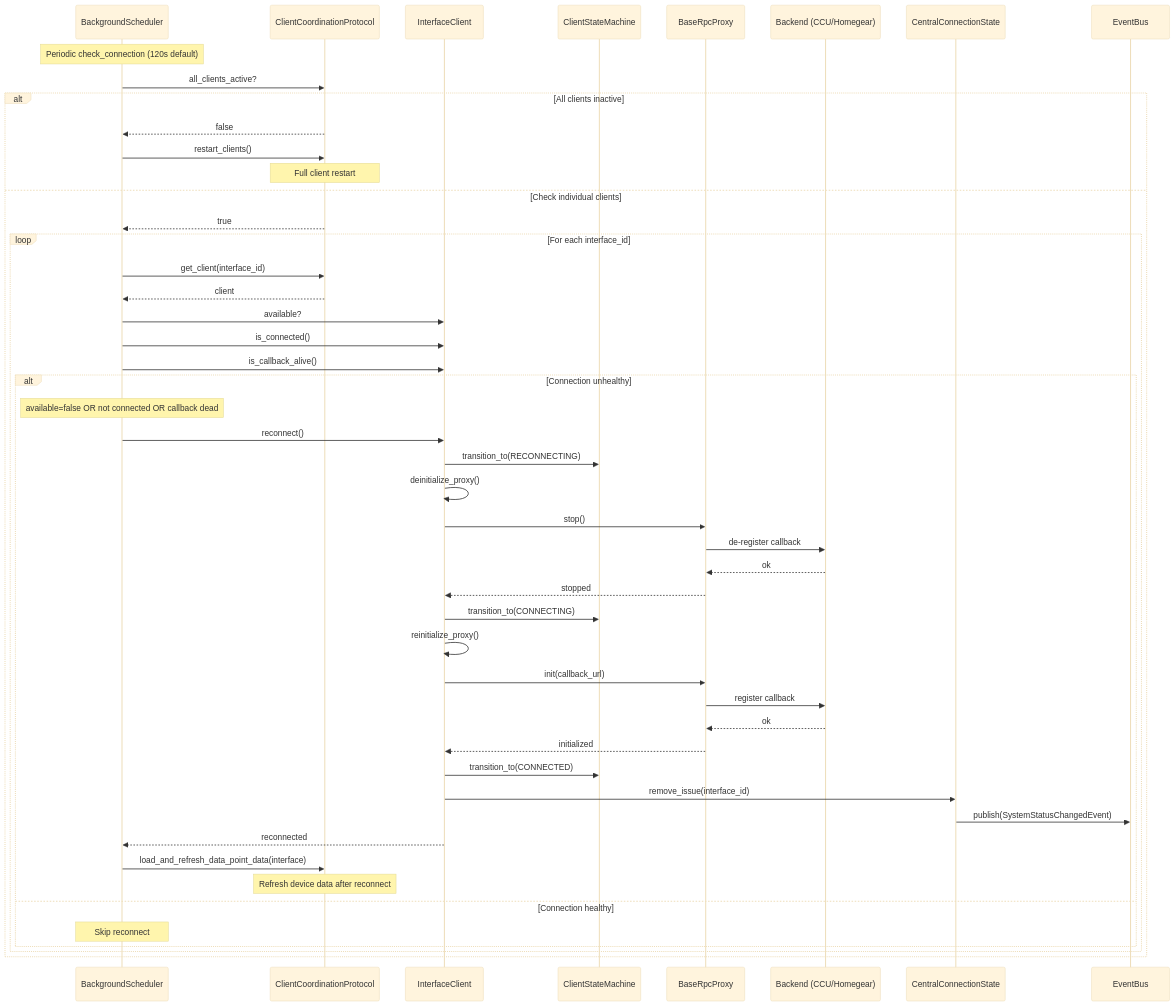
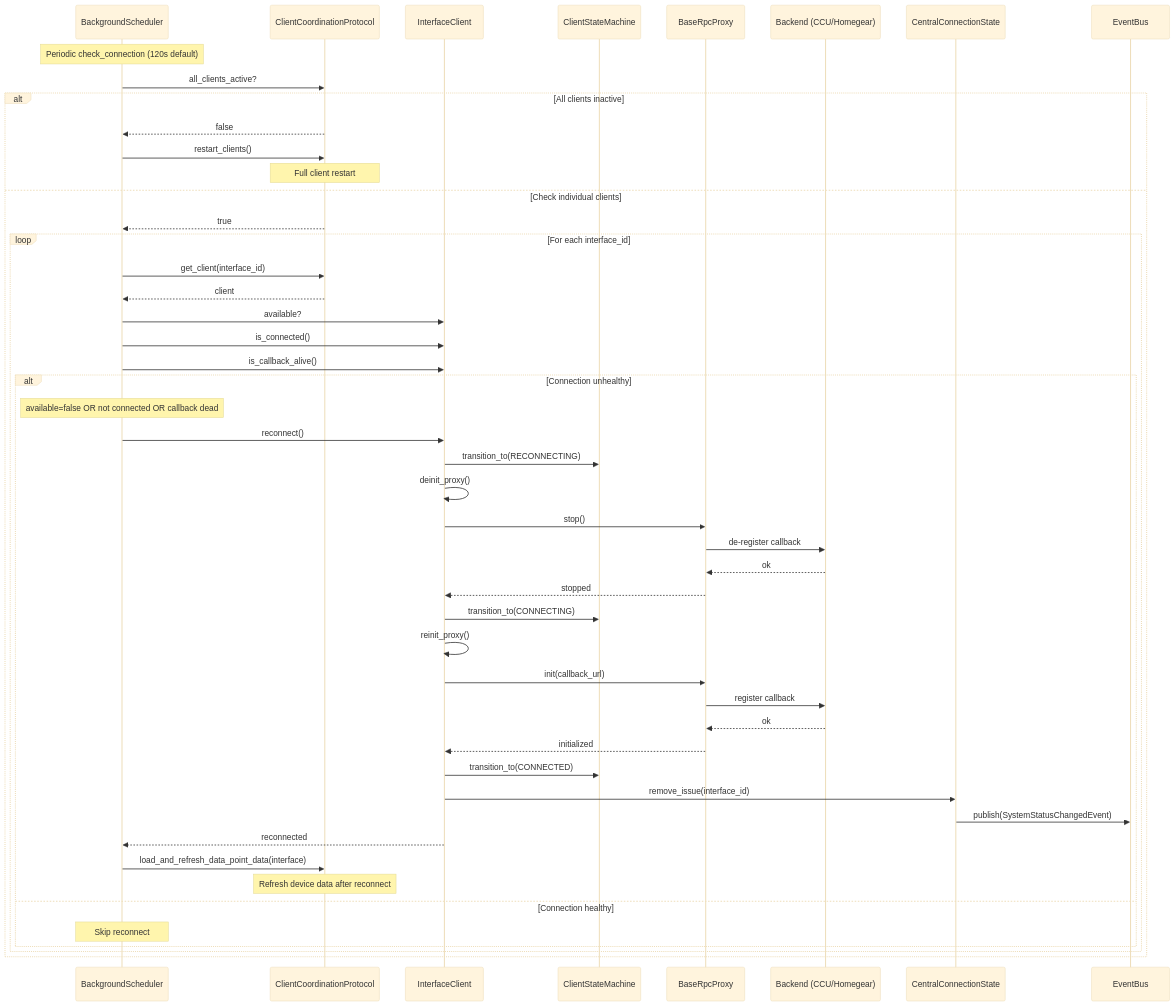
One commit to SukramJ/aiohomematic changed the ninth of 17 diagrams in docs/architecture/sequence_diagrams.md. Above: the diagram before and after it, drawn with Mermaid (base theme). The commit also changed other lines of this file and 17 other files, not shown here.

````diff
--- a/docs/architecture/sequence_diagrams.md
+++ b/docs/architecture/sequence_diagrams.md
@@ -688,63 +693,63 @@
 ```mermaid
 sequenceDiagram
   participant Sched as BackgroundScheduler
   participant CC as ClientCoordinationProtocol
   participant CX as InterfaceClient
   participant SM as ClientStateMachine
   participant Proxy as BaseRpcProxy
   participant CCU as Backend (CCU/Homegear)
   participant CS as CentralConnectionState
   participant EB as EventBus
 
   Note over Sched: Periodic check_connection (120s default)
   Sched->>CC: all_clients_active?
 
   alt All clients inactive
     CC-->>Sched: false
     Sched->>CC: restart_clients()
     Note over CC: Full client restart
   else Check individual clients
     CC-->>Sched: true
 
     loop For each interface_id
       Sched->>CC: get_client(interface_id)
       CC-->>Sched: client
 
       Sched->>CX: available?
       Sched->>CX: is_connected()
       Sched->>CX: is_callback_alive()
 
       alt Connection unhealthy
         Note over Sched: available=false OR not connected OR callback dead
 
         Sched->>CX: reconnect()
         CX->>SM: transition_to(RECONNECTING)
 
-        CX->>CX: deinitialize_proxy()
+        CX->>CX: deinit_proxy()
         CX->>Proxy: stop()
         Proxy->>CCU: de-register callback
         CCU-->>Proxy: ok
         Proxy-->>CX: stopped
 
         CX->>SM: transition_to(CONNECTING)
 
-        CX->>CX: reinitialize_proxy()
+        CX->>CX: reinit_proxy()
         CX->>Proxy: init(callback_url)
         Proxy->>CCU: register callback
         CCU-->>Proxy: ok
         Proxy-->>CX: initialized
 
         CX->>SM: transition_to(CONNECTED)
         CX->>CS: remove_issue(interface_id)
         CS->>EB: publish(SystemStatusChangedEvent)
 
         CX-->>Sched: reconnected
 
         Sched->>CC: load_and_refresh_data_point_data(interface)
         Note over CC: Refresh device data after reconnect
       else Connection healthy
         Note over Sched: Skip reconnect
       end
     end
   end
 ```
````
